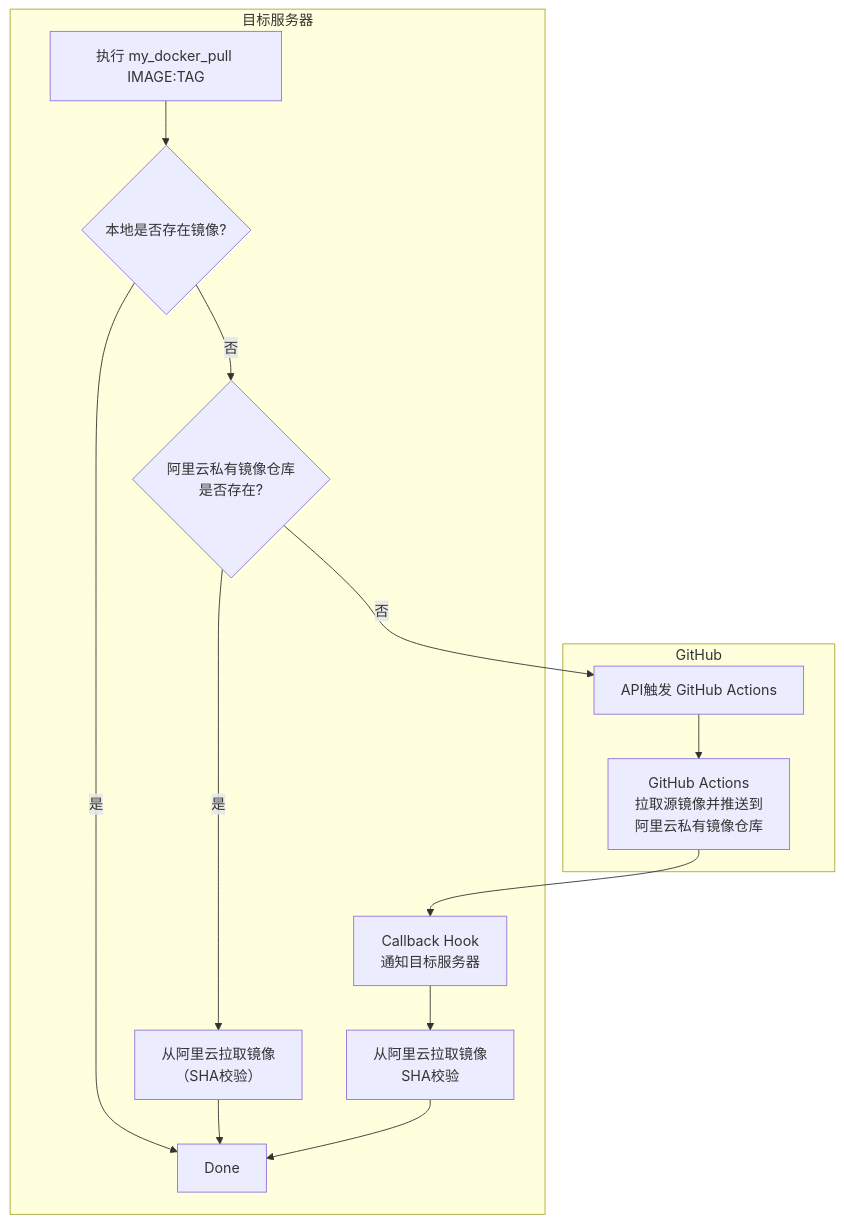
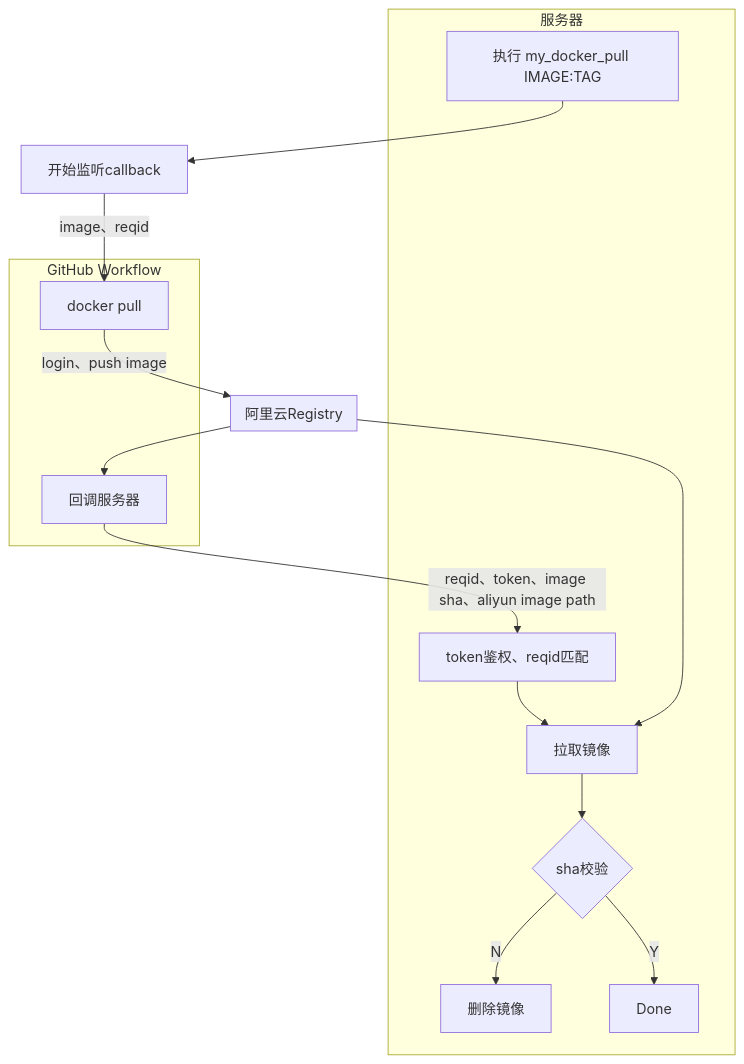
One commit to LetMeFly666/my_docker_pull changed the diagram in README.md. Above: the diagram before and after it, drawn with Mermaid. The commit also changed other lines of this file, not shown here.

Commit message:
docs: mermaid by hand

````diff
--- a/README.md
+++ b/README.md
@@ -13,37 +13,39 @@
 ```mermaid
 flowchart TD
-    Begin[执行 my_docker_pull IMAGE:TAG] --> HasLocal{本地是否存在镜像?}
+    Begin[执行 my_docker_pull IMAGE:TAG]
+    ListenBegin[开始监听callback]
+    GithubPull[docker pull]
+    GithubCallback[回调服务器]
+    ServerPull[拉取镜像]
+    Verify1[token鉴权、reqid匹配]
+    Verify2{sha校验}
+    Delete[删除镜像]
 
-    HasLocal -->|是|Done
+    Begin-->ListenBegin
+    ListenBegin-->|image、reqid|GithubPull
+    GithubPull-->|login、push image|Aliyun
+    Aliyun-->GithubCallback
+    GithubCallback-->|reqid、token、image sha、aliyun image path|Verify1
+    Verify1-->ServerPull
+    Aliyun-->ServerPull
+    ServerPull-->Verify2
+    Verify2-->|N|Delete
+    Verify2-->|Y|Done
 
-    HasLocal -->|否| HasRegistry{阿里云私有镜像仓库<br/>是否存在?}
-
-    HasRegistry -->|是| PullFromRegistryDirectly[从阿里云拉取镜像<br/>（SHA校验）]
-    PullFromRegistryDirectly --> Done
-
-    HasRegistry -->|否| G[API触发 GitHub Actions]
-
-    G --> H[GitHub Actions<br/>拉取源镜像并推送到<br/>阿里云私有镜像仓库]
-
-    H --> Callback[Callback Hook<br/>通知目标服务器]
-
-    Callback --> PullFromRegistryAndCheck[从阿里云拉取镜像<br/>SHA校验]
-
-    PullFromRegistryAndCheck --> Done
-
-
-    subgraph Server[目标服务器]
+    subgraph Server[服务器]
         Begin
-        HasLocal
-        HasRegistry
-        PullFromRegistryDirectly
-        Callback
-        PullFromRegistryAndCheck
+        Verify1
+        ServerPull
+        Verify2
+        Delete
         Done
     end
 
-    subgraph GitHub[GitHub]
-        G
-        H
+    subgraph Aliyun[阿里云Registry]
+    end
+
+    subgraph GitHub[GitHub Workflow]
+        GithubPull
+        GithubCallback
     end
 ```
````
